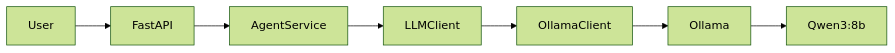
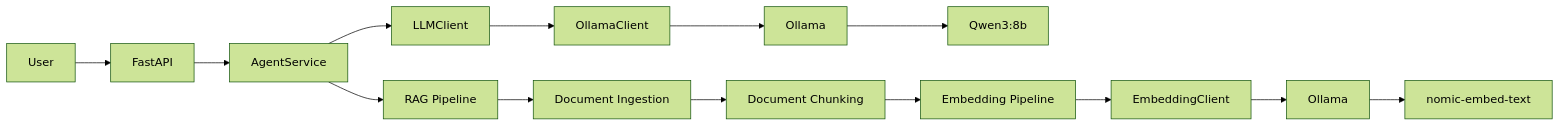
The diagram in docs/architecture/current-state.md (Barrok/llmops-platform), drawn with Mermaid (forest theme) before and after one commit. The commit also changed other lines of this file and 25 other files, not shown here.

Commit message:
docs: update current architecture state

````diff
--- a/docs/architecture/current-state.md
+++ b/docs/architecture/current-state.md
@@ -27,9 +35,19 @@
 ```mermaid
 flowchart LR
     User --> API[FastAPI]
+
     API --> Agent[AgentService]
+
     Agent --> LLM[LLMClient]
     LLM --> OllamaClient[OllamaClient]
     OllamaClient --> Runtime[Ollama]
     Runtime --> Model[Qwen3:8b]
+
+    Agent --> RAG[RAG Pipeline]
+    RAG --> Ingestion[Document Ingestion]
+    Ingestion --> Chunker[Document Chunking]
+    Chunker --> Embedding[Embedding Pipeline]
+    Embedding --> EmbedClient[EmbeddingClient]
+    EmbedClient --> OllamaEmbed[Ollama]
+    OllamaEmbed --> EmbedModel[nomic-embed-text]
 ```
````
